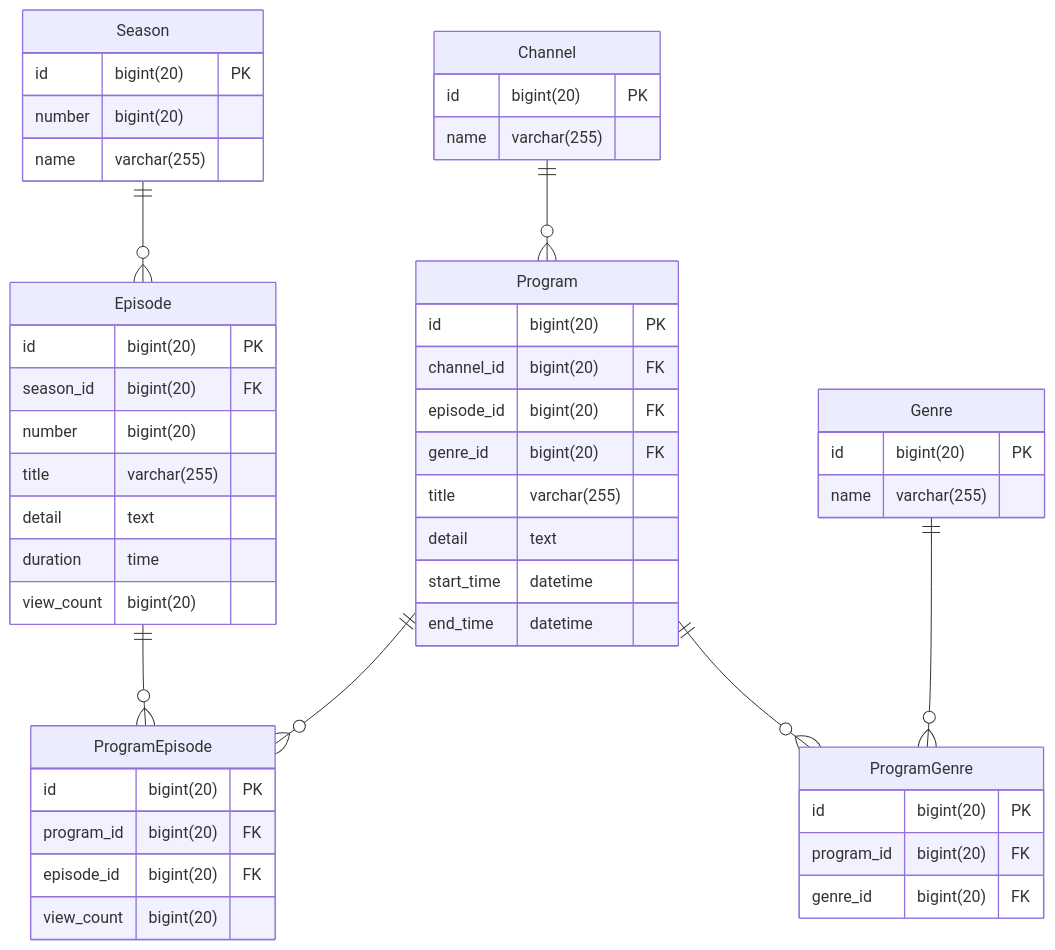
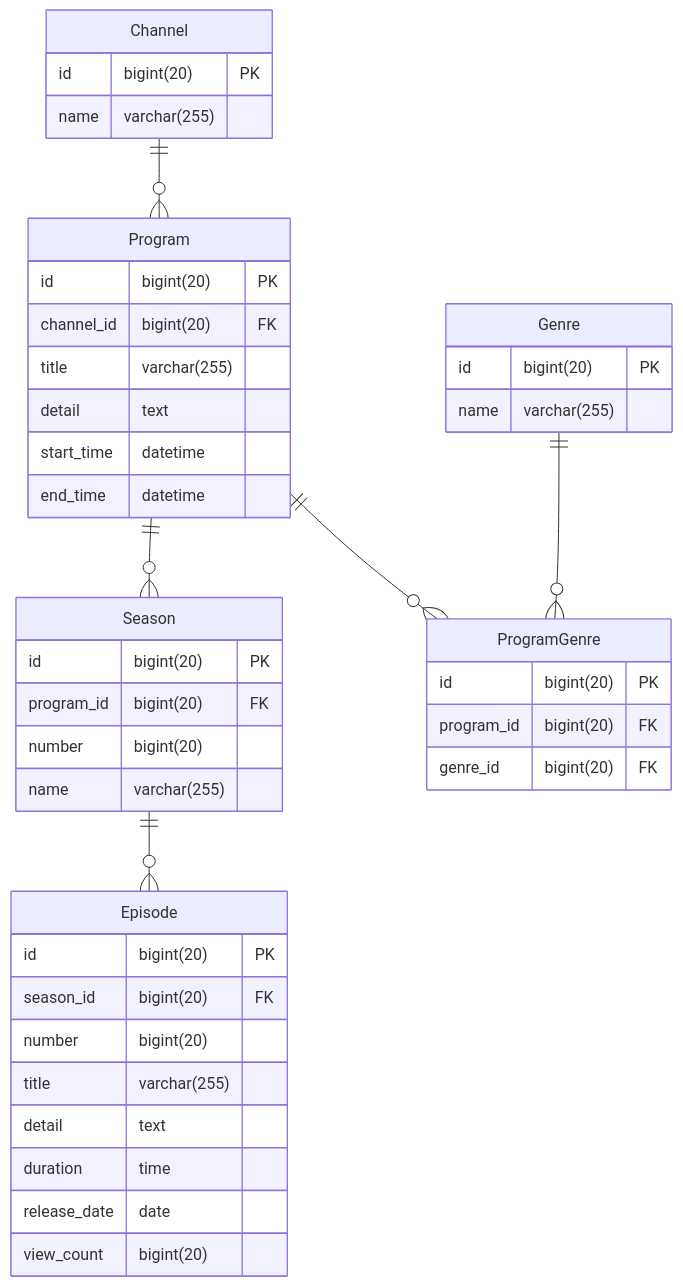
The diagram in week5-6/03_submission_quest/01_INTERNET_TV/README.md (shuntaron/apprentice), drawn with Mermaid before and after one commit. The commit also changed other lines of this file, not shown here.

````diff
--- a/week5-6/03_submission_quest/01_INTERNET_TV/README.md
+++ b/week5-6/03_submission_quest/01_INTERNET_TV/README.md
@@ -64,59 +71,51 @@
 ```mermaid
 erDiagram
   Channel ||--o{ Program: ""
+  Program ||--o{ Season: ""
   Program ||--o{ ProgramGenre: ""
-  Program ||--o{ ProgramEpisode: ""
   Season  ||--o{ Episode: ""
-  Episode ||--o{ ProgramEpisode: ""
   Genre   ||--o{ ProgramGenre: ""
 
   Channel {
     id              bigint(20)    PK
     name            varchar(255)    
   }
 
   Program {
     id              bigint(20)    PK
     channel_id      bigint(20)    FK
-    episode_id      bigint(20)    FK
-    genre_id        bigint(20)    FK
     title           varchar(255)    
     detail          text            
     start_time      datetime        
     end_time        datetime        
   }
 
   Season {
     id              bigint(20)    PK
+    program_id      bigint(20)    FK
     number          bigint(20)      
     name            varchar(255)    
   }
 
-  ProgramEpisode {
+  Episode {
     id              bigint(20)    PK
-    program_id      bigint(20)    FK
-    episode_id      bigint(20)    FK
+    season_id       bigint(20)    FK
+    number          bigint(20)      
+    title           varchar(255)    
+    detail          text            
+    duration        time            
+    release_date    date            
     view_count      bigint(20)      
   }
 
   ProgramGenre {
     id              bigint(20)    PK
     program_id      bigint(20)    FK
     genre_id        bigint(20)    FK
   }
 
-  Episode {
-    id              bigint(20)    PK
-    season_id       bigint(20)    FK
-    number          bigint(20)      
-    title           varchar(255)    
-    detail          text            
-    duration        time            
-    view_count      bigint(20)      
-  }
-
   Genre {
     id              bigint(20)    PK
     name            varchar(255)    
   }
 ```
````
